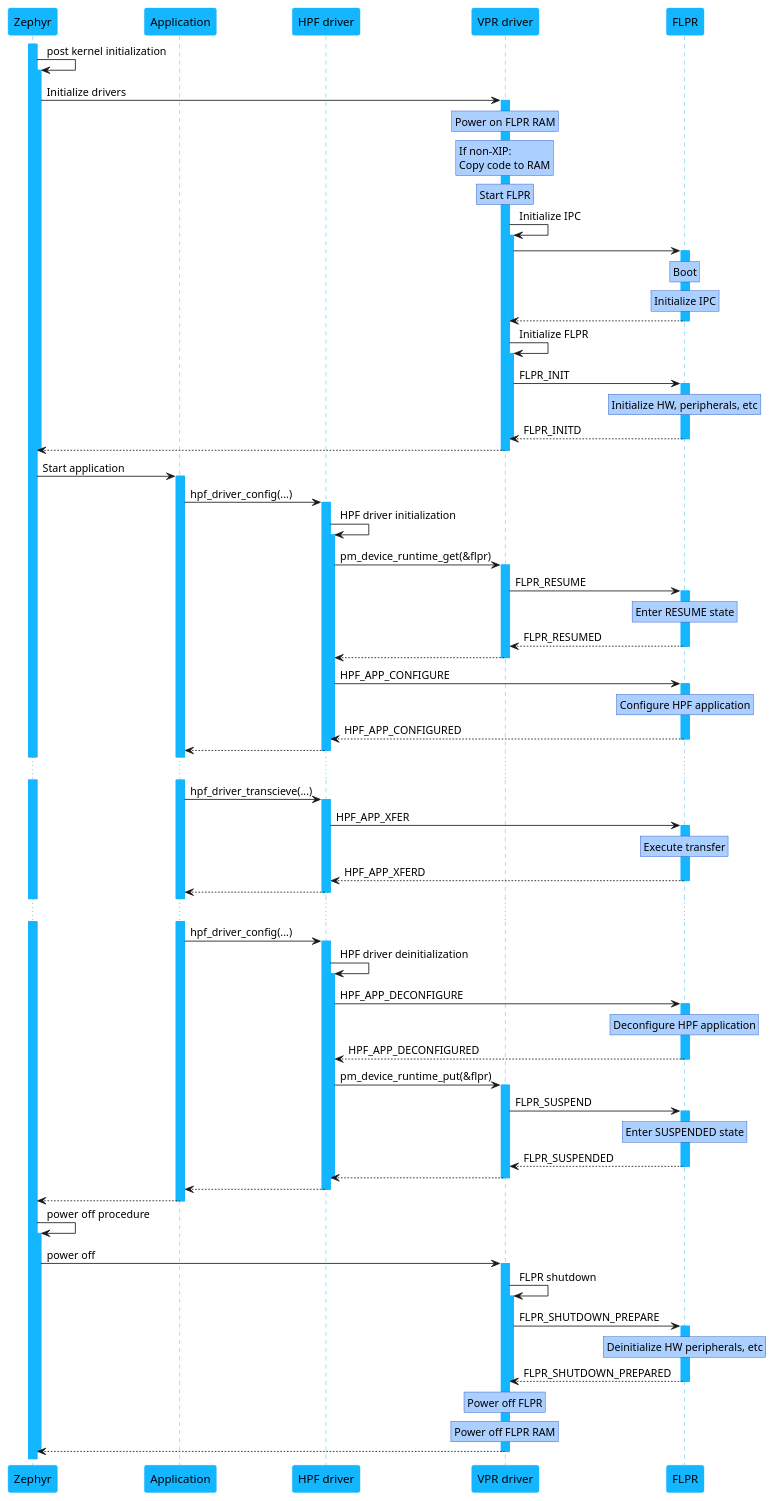
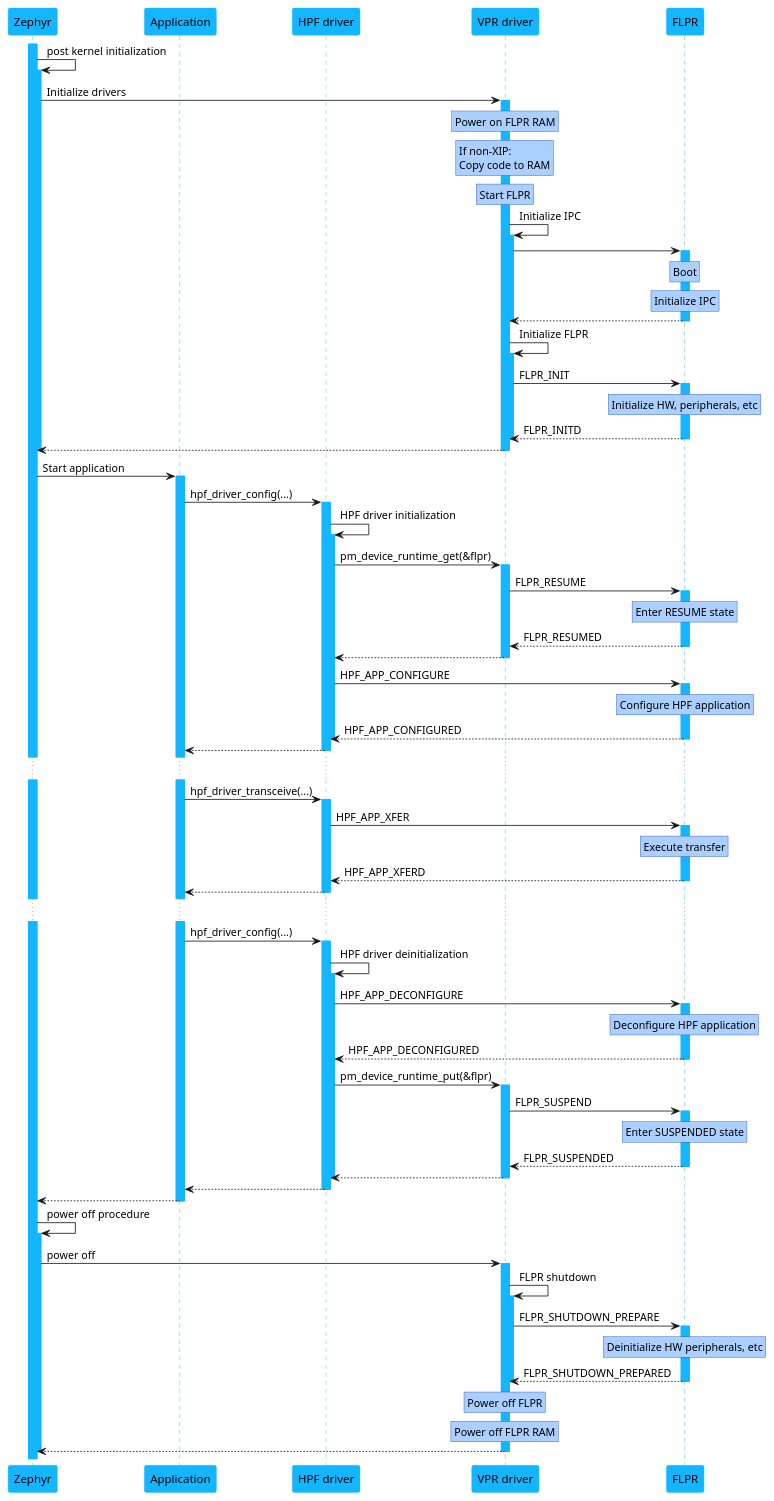
The diagram in doc/nrf/app_dev/device_guides/coprocessors/power_management.rst (nrfconnect/sdk-nrf), drawn with PlantUML before and after one commit. The commit also changed other lines of this file and 8 other files, not shown here.

```diff
--- a/doc/nrf/app_dev/device_guides/coprocessors/power_management.rst
+++ b/doc/nrf/app_dev/device_guides/coprocessors/power_management.rst
@@ -47,7 +47,7 @@
   BoxBackgroundColor #C1E8FF
   BoxBorderColor #C1E8FF
   GroupBackgroundColor #8DBEFF
-  GropuBorderColor #8DBEFF
+  GroupBorderColor #8DBEFF
   }
 
   skinparam note {
@@ -131,7 +131,7 @@
   ...
 
 
-  Application -> "HPF driver" : hpf_driver_transcieve(...)
+  Application -> "HPF driver" : hpf_driver_transceive(...)
   activate "HPF driver"
   "HPF driver" -> FLPR : HPF_APP_XFER
   activate FLPR
```
